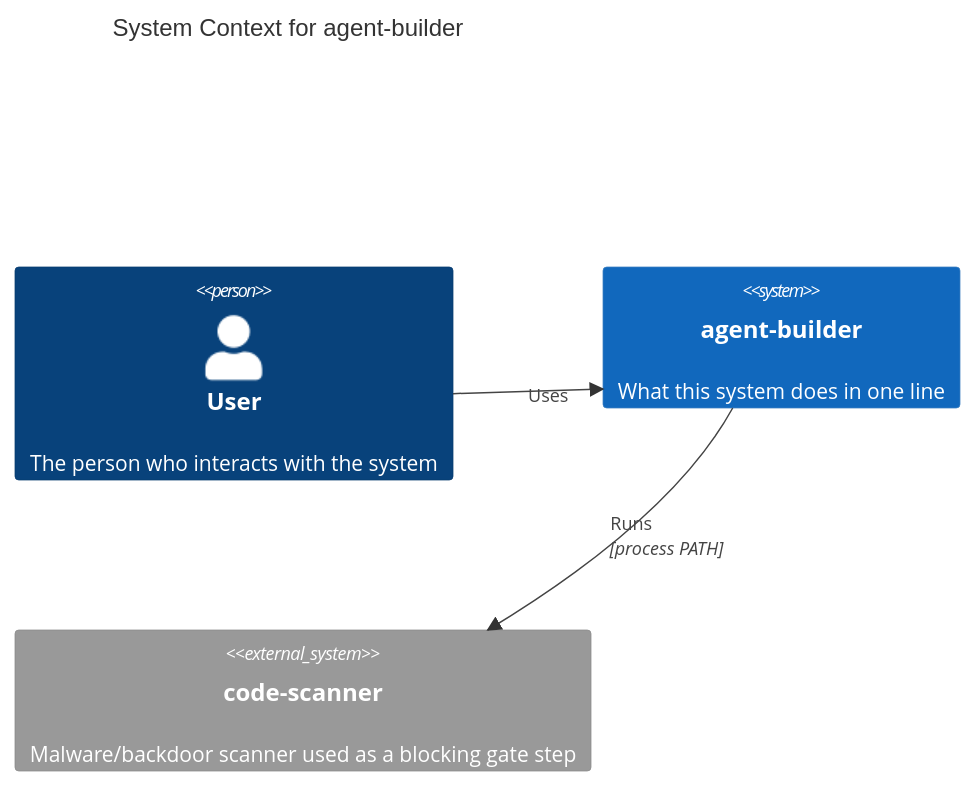
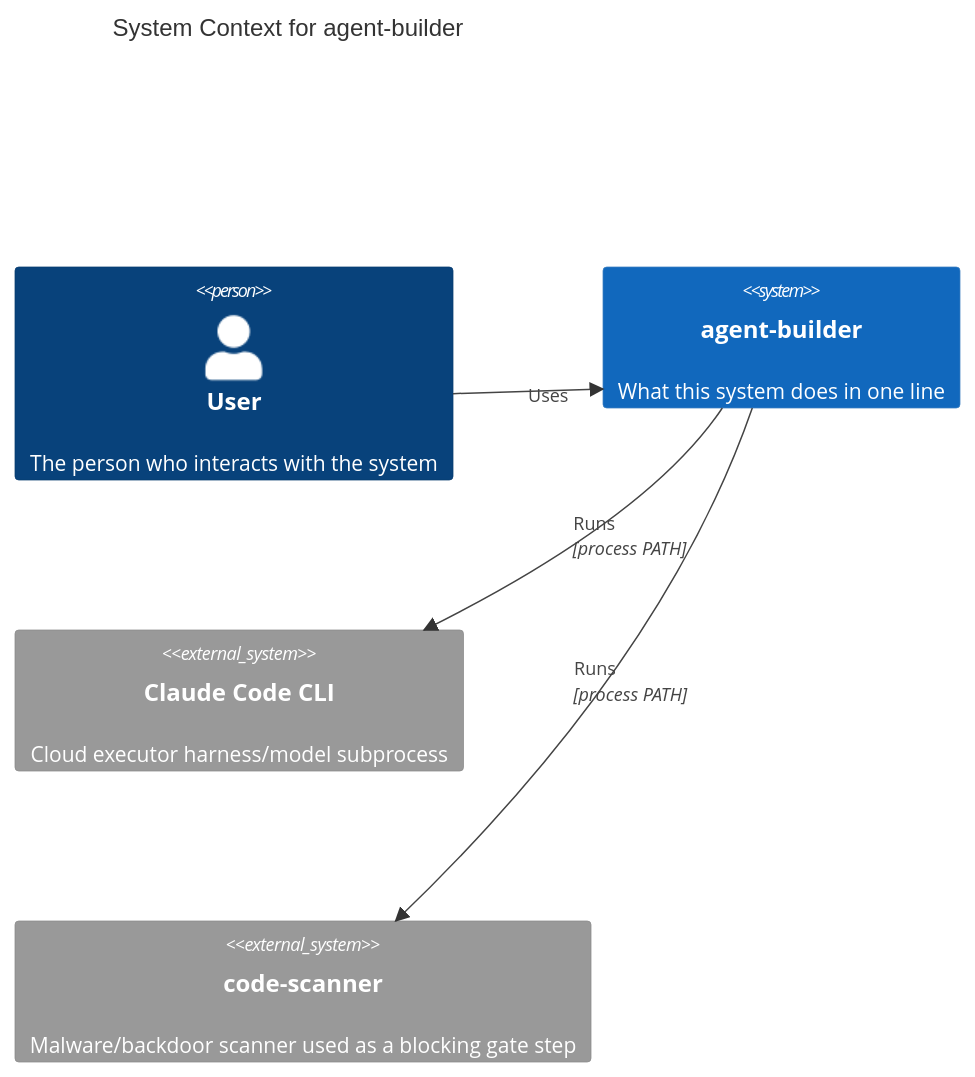
One commit to tkdtaylor/agent-builder changed the first of 4 diagrams in docs/architecture/diagrams.md. Above: the diagram before and after it, drawn with Mermaid. The commit also changed other lines of this file and 9 other files, not shown here.

Commit message:
feat: complete task 022 — claude cli executor

````diff
--- a/docs/architecture/diagrams.md
+++ b/docs/architecture/diagrams.md
@@ -20,11 +20,13 @@
 ```mermaid
 C4Context
     title System Context for agent-builder
 
     Person(user, "User", "The person who interacts with the system")
     System(system, "agent-builder", "What this system does in one line")
+    System_Ext(claudeCLI, "Claude Code CLI", "Cloud executor harness/model subprocess")
     System_Ext(codeScanner, "code-scanner", "Malware/backdoor scanner used as a blocking gate step")
 
     Rel(user, system, "Uses")
+    Rel(system, claudeCLI, "Runs", "process PATH")
     Rel(system, codeScanner, "Runs", "process PATH")
 ```
````
